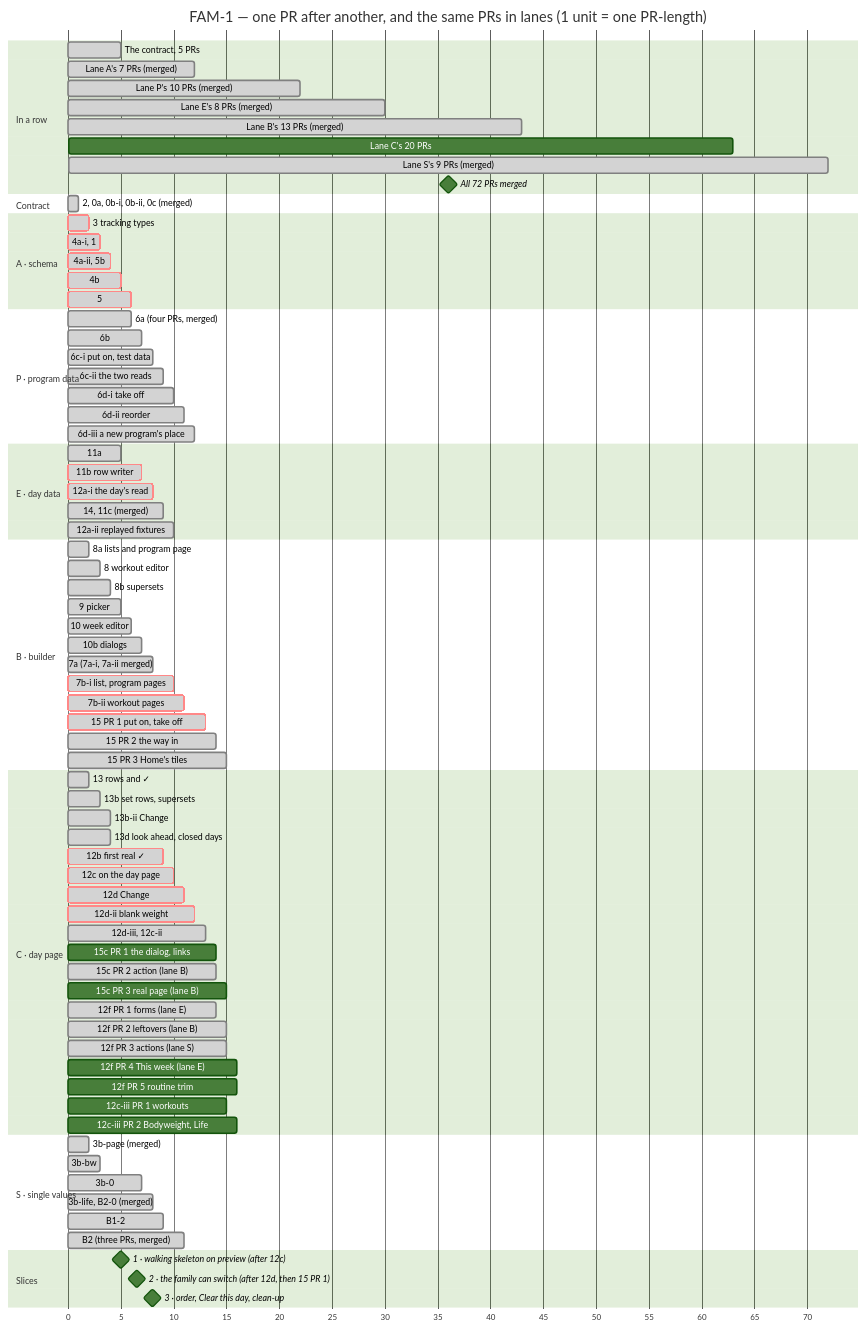
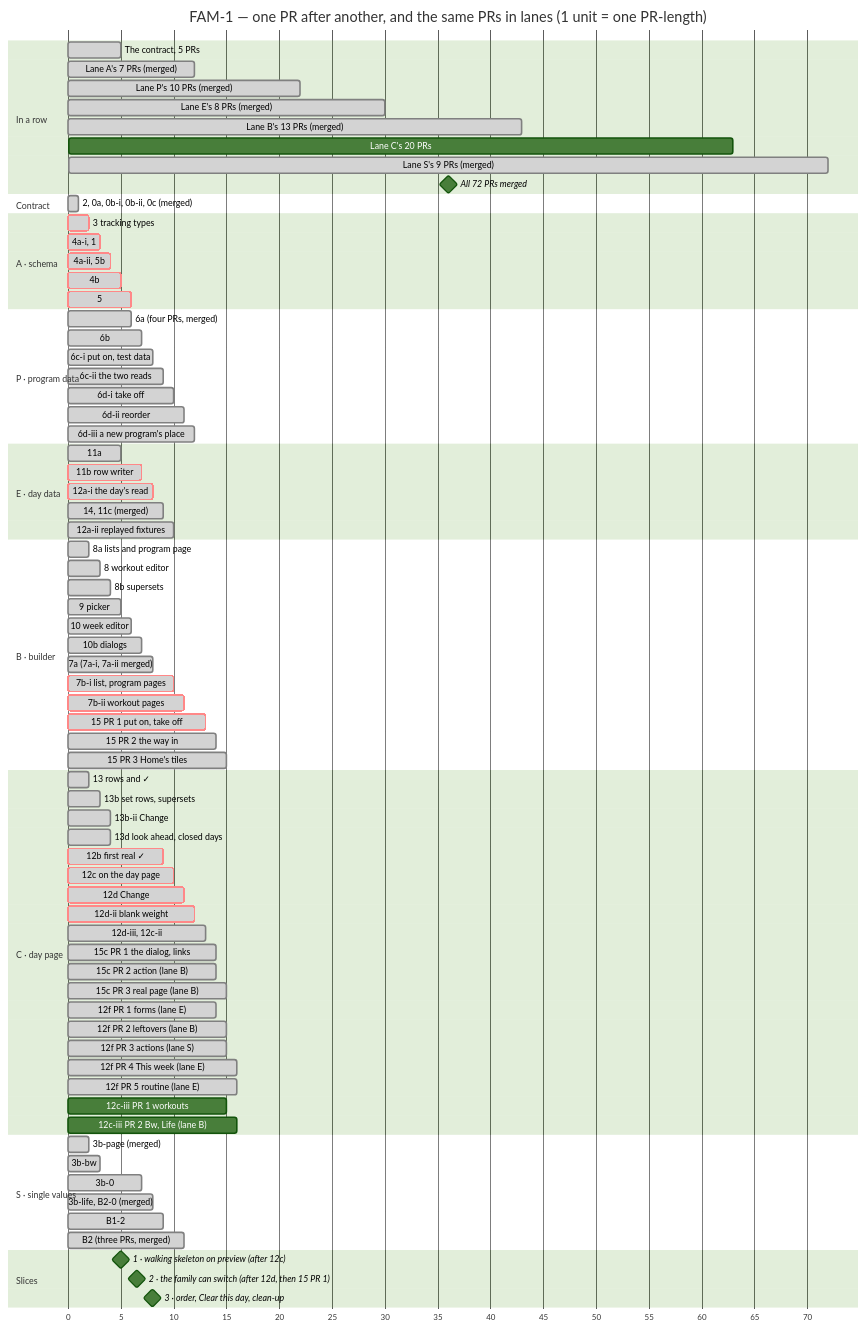
The second of 2 diagrams in docs/milestones/fam-1-family-program.md (ralamode/mat-plan), drawn with Mermaid (forest theme) before and after one commit. The commit also changed other lines of this file and 4 other files, not shown here.

```diff
--- a/docs/milestones/fam-1-family-program.md
+++ b/docs/milestones/fam-1-family-program.md
@@ -324,16 +324,16 @@
   12d Change                   :crit, done, c6, 10, 11
   12d-ii blank weight          :crit, done, c6b, 11, 12
   12d-iii, 12c-ii              :done, c6c, 12, 13
-  15c PR 1 the dialog, links   :c7a, 13, 14
+  15c PR 1 the dialog, links   :done, c7a, 13, 14
   15c PR 2 action (lane B)     :done, c7b, 13, 14
-  15c PR 3 real page (lane B)  :c7c, 14, 15
+  15c PR 3 real page (lane B)  :done, c7c, 14, 15
   12f PR 1 forms (lane E)      :done, c9a, 13, 14
   12f PR 2 leftovers (lane B)  :done, c9b, 14, 15
   12f PR 3 actions (lane S)    :done, c9c, 14, 15
-  12f PR 4 This week (lane E)  :c9d, 15, 16
-  12f PR 5 routine trim        :c9e, 15, 16
+  12f PR 4 This week (lane E)  :done, c9d, 15, 16
+  12f PR 5 routine (lane E)    :done, c9e, 15, 16
   12c-iii PR 1 workouts        :c8a, 14, 15
-  12c-iii PR 2 Bodyweight, Life :c8b, 15, 16
+  12c-iii PR 2 Bw, Life (lane B) :c8b, 15, 16
 
   section S · single values
   3b-page (merged)             :done, s1, 1, 2
```
